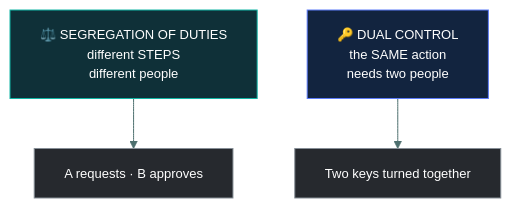
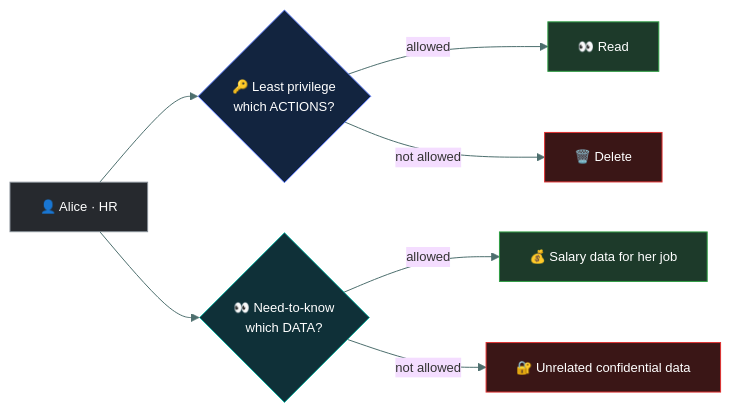
Before and after one commit to tarunTejaDesireddy/cc-exam-prep: the third of 4 diagrams in 03-access-control/least-privilege-and-sod/README.md, drawn with Mermaid. The commit also changed other lines of this file, not shown here.

Commit message:
Replace least privilege / need-to-know / SoD with caveman-style version, diagrams and questions

````diff
--- a/03-access-control/least-privilege-and-sod/README.md
+++ b/03-access-control/least-privilege-and-sod/README.md
@@ -176,11 +188,19 @@
 ```mermaid
 %%{init: {'theme':'base','themeVariables':{'fontSize':'13px','lineColor':'#4d6f6e','textColor':'#dbe7e6'}}}%%
-flowchart TD
-    S["⚖️ SEGREGATION OF DUTIES<br/>different STEPS<br/>different people"] --> S1["A requests · B approves"]
-    D["🔑 DUAL CONTROL<br/>the SAME action<br/>needs two people"] --> D1["Two keys turned together"]
+flowchart LR
+    A["👤 Alice · HR"]
+    A --> LP{"🔑 Least privilege<br/>which ACTIONS?"}
+    A --> NK{"👀 Need-to-know<br/>which DATA?"}
+    LP -->|"allowed"| R["👀 Read"]
+    LP -->|"not allowed"| D["🗑️ Delete"]
+    NK -->|"allowed"| S["💰 Salary data for her job"]
+    NK -->|"not allowed"| C["🔐 Unrelated confidential data"]
 
-    style S fill:#0f3038,stroke:#12B5A5,color:#fff
-    style D fill:#12243f,stroke:#5C7CFA,color:#fff
-    style S1 fill:#26292e,stroke:#868E96,color:#fff
-    style D1 fill:#26292e,stroke:#868E96,color:#fff
+    style A fill:#26292e,stroke:#868E96,color:#fff
+    style LP fill:#12243f,stroke:#5C7CFA,color:#fff
+    style NK fill:#0f3038,stroke:#12B5A5,color:#fff
+    style R fill:#1d3a2a,stroke:#2F9E44,color:#fff
+    style S fill:#1d3a2a,stroke:#2F9E44,color:#fff
+    style D fill:#3a1616,stroke:#E03131,color:#fff
+    style C fill:#3a1616,stroke:#E03131,color:#fff
 ```
````
